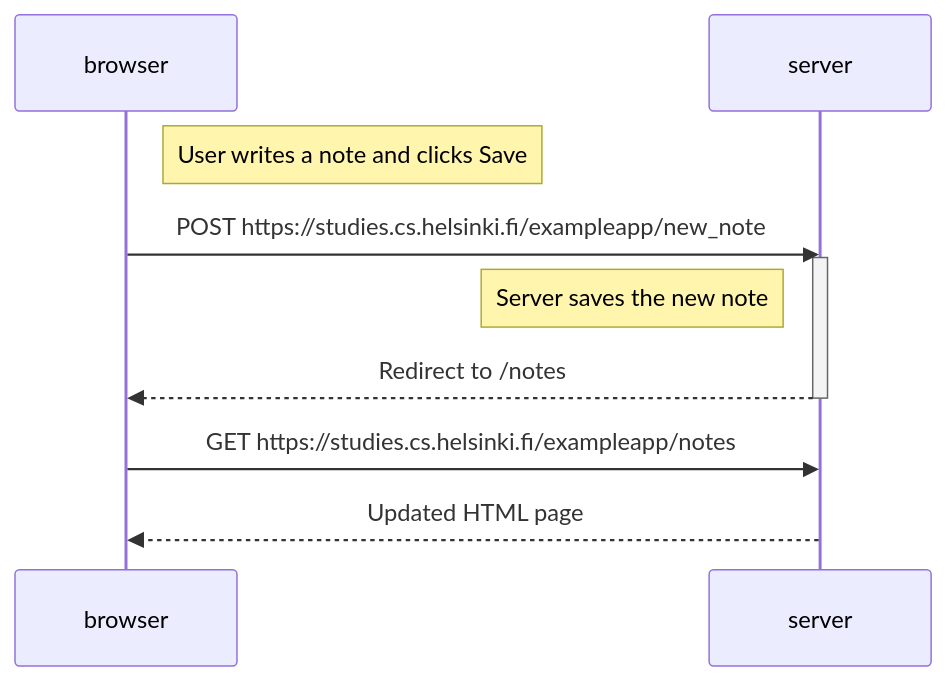
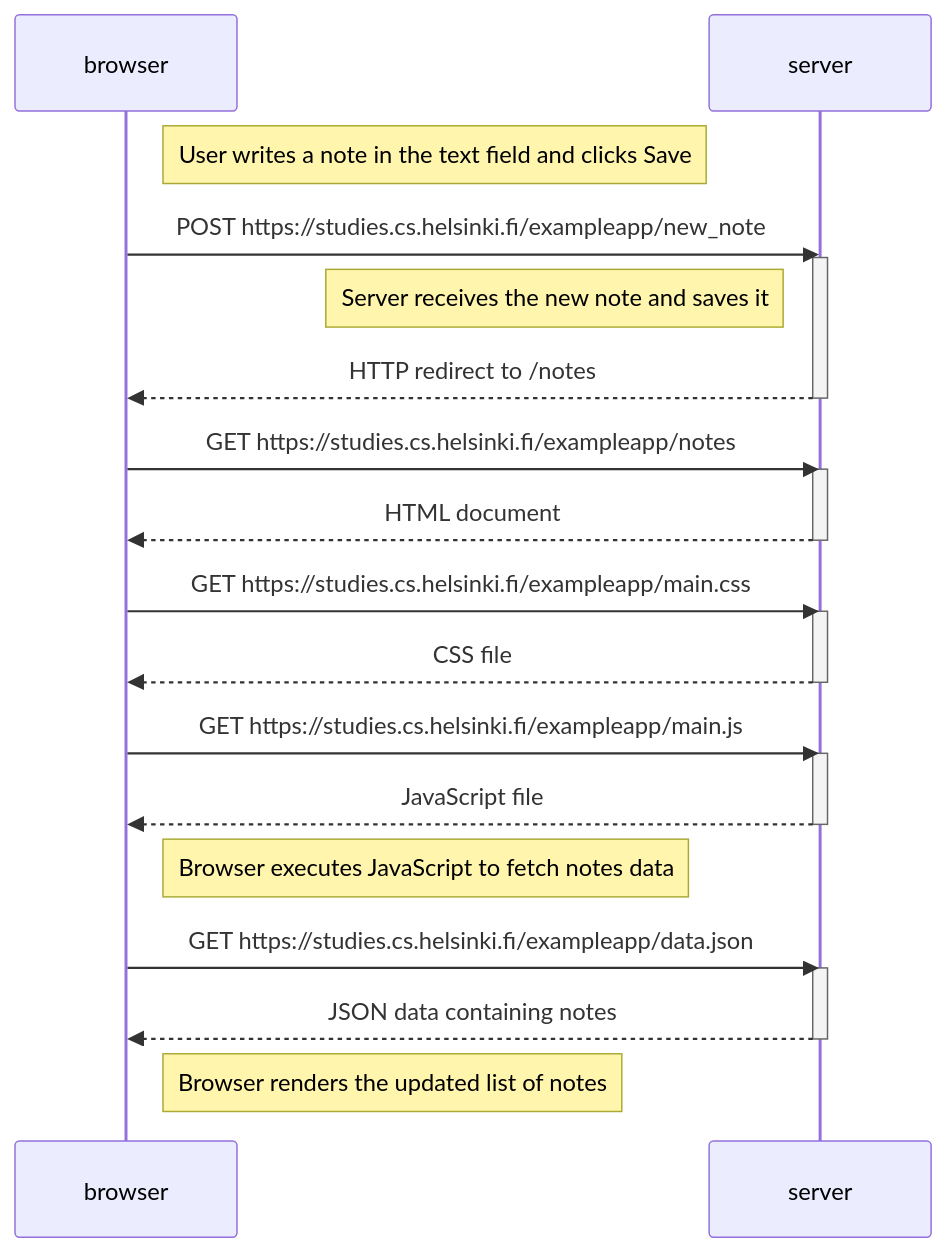
Before and after one commit to MashaelSinger/Fullstack: the diagram in part0/0.4_new_note_diagram.md, drawn with Mermaid.

````diff
--- a/part0/0.4_new_note_diagram.md
+++ b/part0/0.4_new_note_diagram.md
@@ -1,16 +1,37 @@
 ```mermaid
 sequenceDiagram
     participant browser
     participant server
 
-    Note right of browser: User writes a note and clicks Save
+    Note right of browser: User writes a note in the text field and clicks Save
 
     browser->>server: POST https://studies.cs.helsinki.fi/exampleapp/new_note
     activate server
-    Note left of server: Server saves the new note
-    server-->>browser: Redirect to /notes
+    Note left of server: Server receives the new note and saves it
+    server-->>browser: HTTP redirect to /notes
     deactivate server
 
     browser->>server: GET https://studies.cs.helsinki.fi/exampleapp/notes
-    server-->>browser: Updated HTML page
+    activate server
+    server-->>browser: HTML document
+    deactivate server
+
+    browser->>server: GET https://studies.cs.helsinki.fi/exampleapp/main.css
+    activate server
+    server-->>browser: CSS file
+    deactivate server
+
+    browser->>server: GET https://studies.cs.helsinki.fi/exampleapp/main.js
+    activate server
+    server-->>browser: JavaScript file
+    deactivate server
+
+    Note right of browser: Browser executes JavaScript to fetch notes data
+
+    browser->>server: GET https://studies.cs.helsinki.fi/exampleapp/data.json
+    activate server
+    server-->>browser: JSON data containing notes
+    deactivate server
+
+    Note right of browser: Browser renders the updated list of notes
 ```
````
